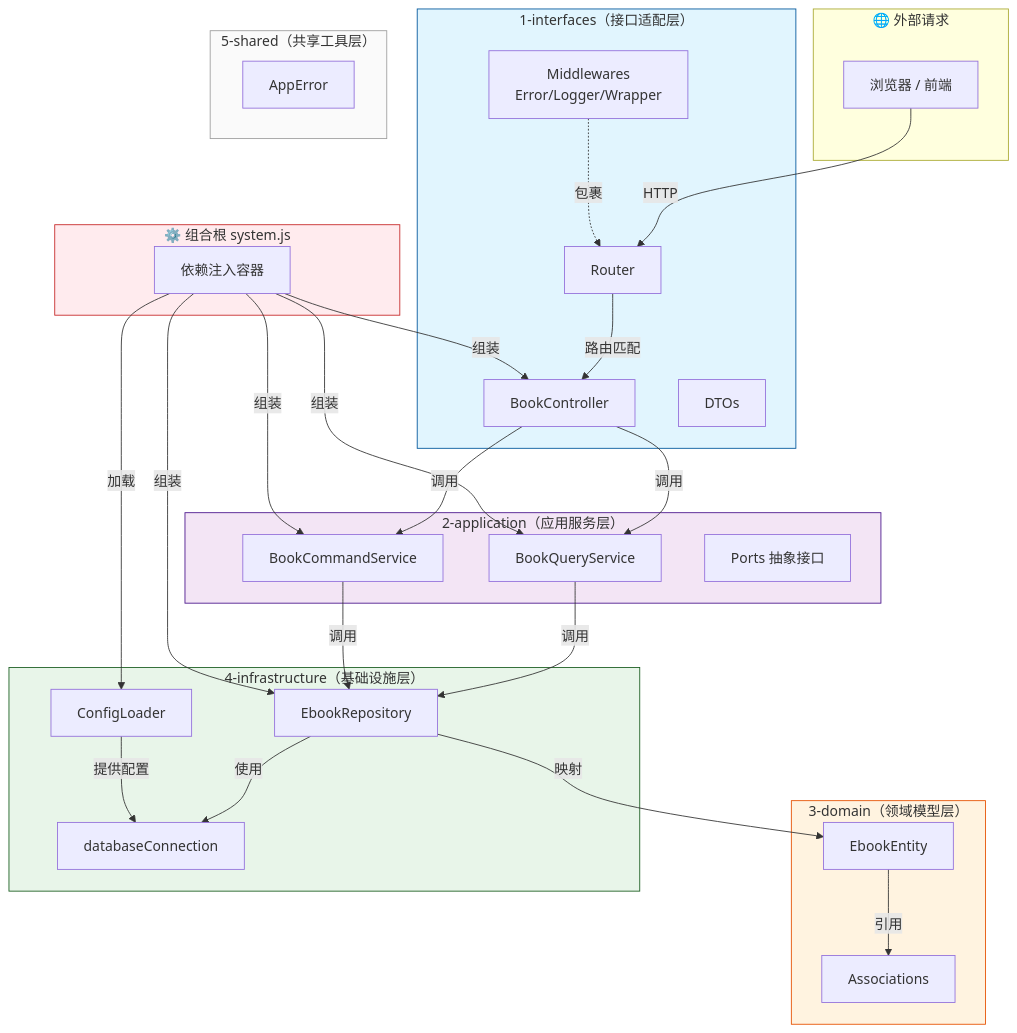
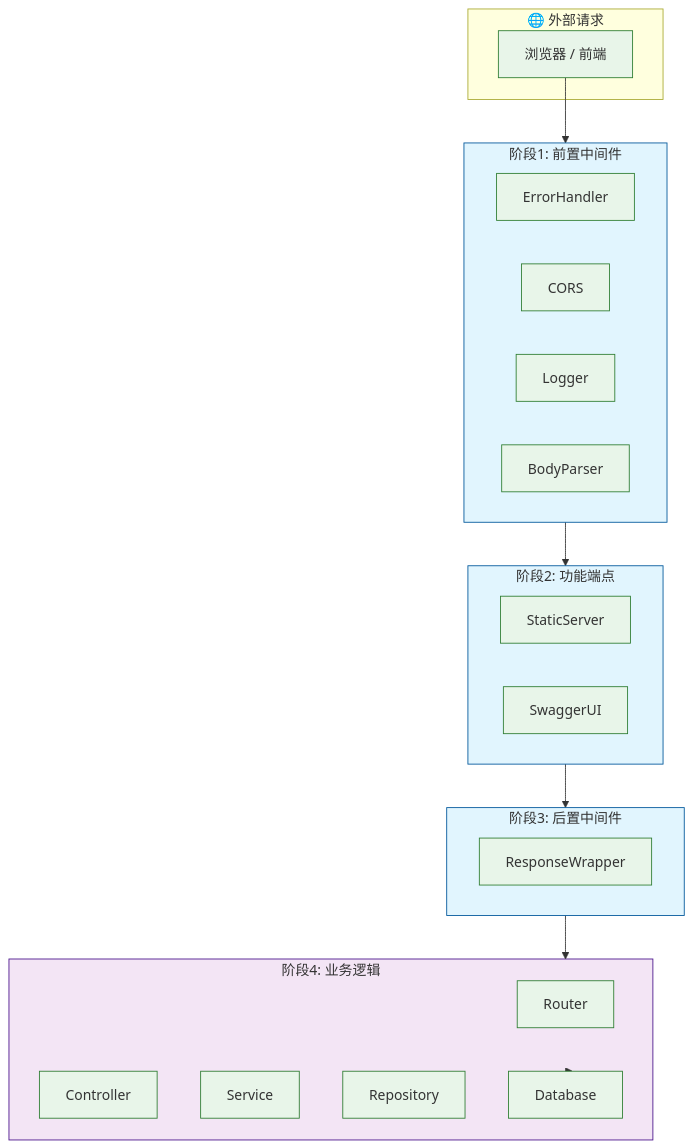
The diagram in docs/architecture.mmd (EbookWorkshop/Api-v4), drawn with Mermaid before and after one commit. The commit also changed 11 other files, not shown here.

```diff
--- a/docs/architecture.mmd
+++ b/docs/architecture.mmd
@@ -1,67 +1,45 @@
 flowchart TB
     subgraph External["🌐 外部请求"]
         User[浏览器 / 前端]
     end
 
-    subgraph Layer1["1-interfaces（接口适配层）"]
-        Controller[BookController]
-        Router[Router]
-        DTO[DTOs]
-        Middlewares[Middlewares<br>Error/Logger/Wrapper]
+    subgraph Phase1["阶段1: 前置中间件"]
+        EH[ErrorHandler]
+        CORS[CORS]
+        Logger[Logger]
+        Body[BodyParser]
     end
 
-    subgraph Layer2["2-application（应用服务层）"]
-        Query[BookQueryService]
-        Command[BookCommandService]
-        Ports[Ports 抽象接口]
+    subgraph Phase2["阶段2: 功能端点"]
+        Static[StaticServer]
+        Swagger[SwaggerUI]
     end
 
-    subgraph Layer3["3-domain（领域模型层）"]
-        Entity[EbookEntity]
-        Assoc[Associations]
+    subgraph Phase3["阶段3: 后置中间件"]
+        Wrapper[ResponseWrapper]
     end
 
-    subgraph Layer4["4-infrastructure（基础设施层）"]
-        Repo[EbookRepository]
-        DB[databaseConnection]
-        Config[ConfigLoader]
+    subgraph Phase4["阶段4: 业务逻辑"]
+        Router[Router]
+        Controller[Controller]
+        Service[Service]
+        Repo[Repository]
+        DB[Database]
     end
 
-    subgraph Layer5["5-shared（共享工具层）"]
-        Errors[AppError]
-    end
+    User --> Phase1
+    Phase1 --> Phase2
+    Phase2 --> Phase3
+    Phase3 --> Phase4
+    Phase4 --> DB
 
-    subgraph System["⚙️ 组合根 system.js"]
-        DI[依赖注入容器]
-    end
-
-    User -->|HTTP| Router
-    Router -->|路由匹配| Controller
-    Controller -->|调用| Query
-    Controller -->|调用| Command
-    Query -->|调用| Repo
-    Command -->|调用| Repo
-    Repo -->|使用| DB
-    Repo -->|映射| Entity
-    Entity -->|引用| Assoc
-    DI -->|组装| Controller
-    DI -->|组装| Query
-    DI -->|组装| Command
-    DI -->|组装| Repo
-    DI -->|加载| Config
-    Config -->|提供配置| DB
-    Middlewares -.->|包裹| Router
-
+    classDef default fill:#e8f5e9,stroke:#2e7d32;
     classDef outer fill:#e1f5fe,stroke:#01579b;
     classDef inner fill:#f3e5f5,stroke:#4a148c;
     classDef core fill:#fff3e0,stroke:#e65100;
     classDef infra fill:#e8f5e9,stroke:#1b5e20;
-    classDef tool fill:#fafafa,stroke:#9e9e9e;
-    classDef di fill:#ffebee,stroke:#c62828;
 
-    class Layer1 outer;
-    class Layer2 inner;
-    class Layer3 core;
-    class Layer4 infra;
-    class Layer5 tool;
-    class System di;
+    class Phase1 outer;
+    class Phase2 outer;
+    class Phase3 outer;
+    class Phase4 inner;
```
